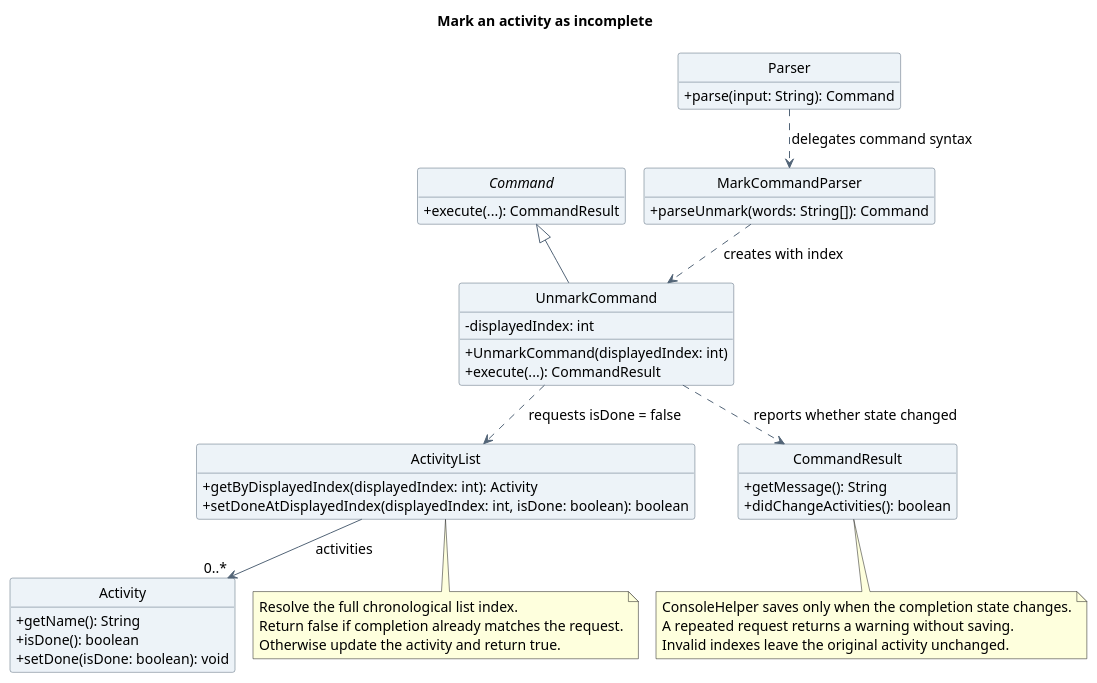
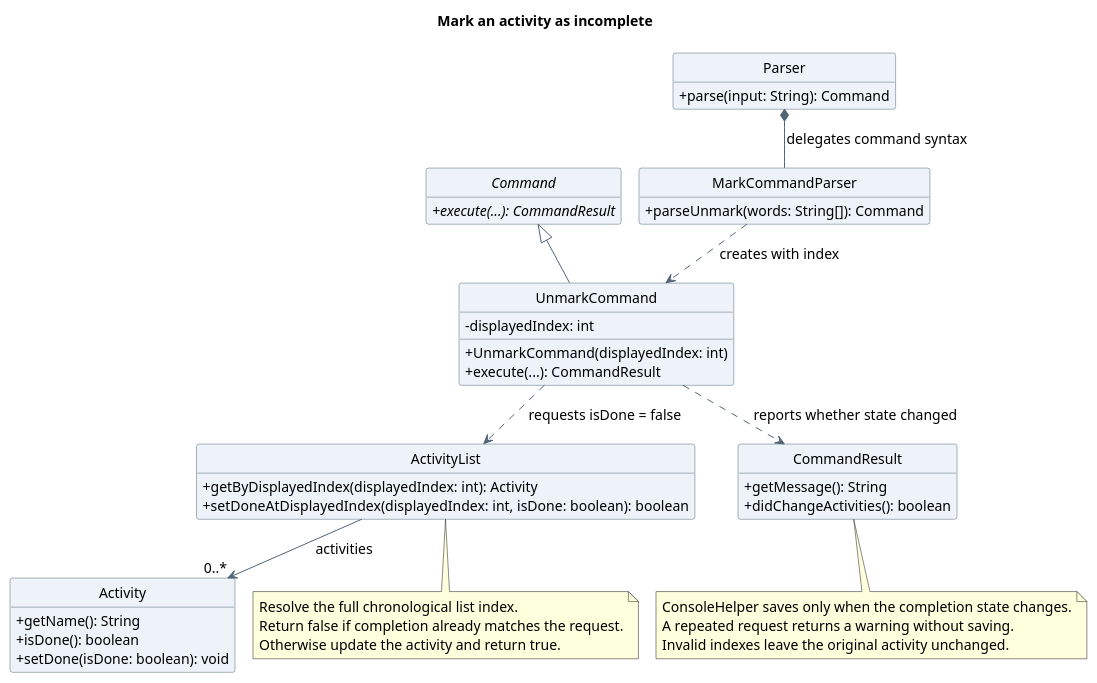
Before and after one commit to AY2627S1-CS2113-T10-4/tp: the diagram in docs/diagrams/oliver/class/UnmarkActivityClassDiagram.puml, drawn with PlantUML. The commit also changed 29 other files, not shown here.

First line of the commit message:
Align class diagrams with course UML notation

```diff
--- a/docs/diagrams/oliver/class/UnmarkActivityClassDiagram.puml
+++ b/docs/diagrams/oliver/class/UnmarkActivityClassDiagram.puml
@@ -4,58 +4,58 @@
 @startuml
 !pragma layout smetana
 title Mark an activity as incomplete
 skinparam backgroundColor white
 skinparam shadowing false
 skinparam defaultFontName SansSerif
 skinparam defaultFontSize 14
 skinparam ArrowColor #526477
 skinparam classAttributeIconSize 0
 skinparam classBackgroundColor #EDF3F8
 skinparam classBorderColor #526477
 hide circle
 hide empty members
 
 abstract class Command {
-  +execute(...): CommandResult
+  {abstract} +execute(...): CommandResult
 }
 class Parser {
   +parse(input: String): Command
 }
 class MarkCommandParser {
   +parseUnmark(words: String[]): Command
 }
 class UnmarkCommand {
   -displayedIndex: int
   +UnmarkCommand(displayedIndex: int)
   +execute(...): CommandResult
 }
 class ActivityList {
   +getByDisplayedIndex(displayedIndex: int): Activity
   +setDoneAtDisplayedIndex(displayedIndex: int, isDone: boolean): boolean
 }
 class Activity {
   +getName(): String
   +isDone(): boolean
   +setDone(isDone: boolean): void
 }
 class CommandResult {
   +getMessage(): String
   +didChangeActivities(): boolean
 }
 Command <|-- UnmarkCommand
-Parser ..> MarkCommandParser : delegates command syntax
+Parser *-- MarkCommandParser : delegates command syntax
 MarkCommandParser ..> UnmarkCommand : creates with index
 UnmarkCommand ..> ActivityList : requests isDone = false
 UnmarkCommand ..> CommandResult : reports whether state changed
 ActivityList --> "0..*" Activity : activities
 note bottom of ActivityList
   Resolve the full chronological list index.
   Return false if completion already matches the request.
   Otherwise update the activity and return true.
 end note
 note bottom of CommandResult
   ConsoleHelper saves only when the completion state changes.
   A repeated request returns a warning without saving.
   Invalid indexes leave the original activity unchanged.
 end note
 @enduml
```
